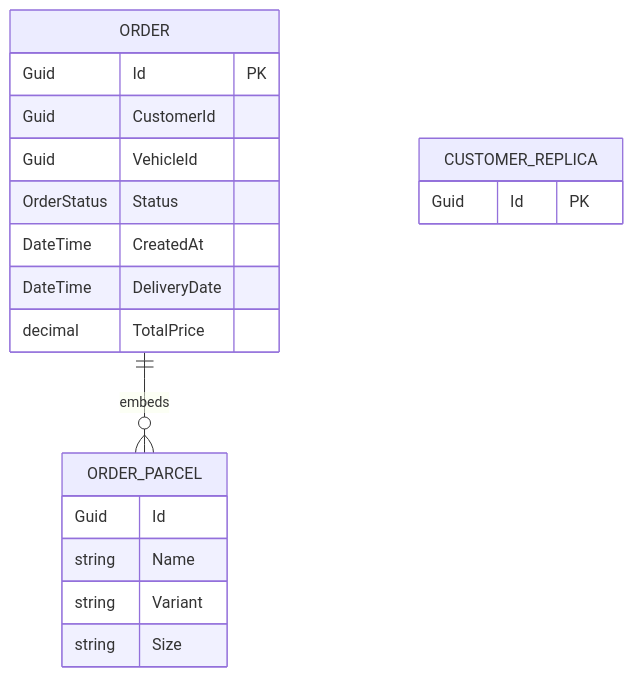
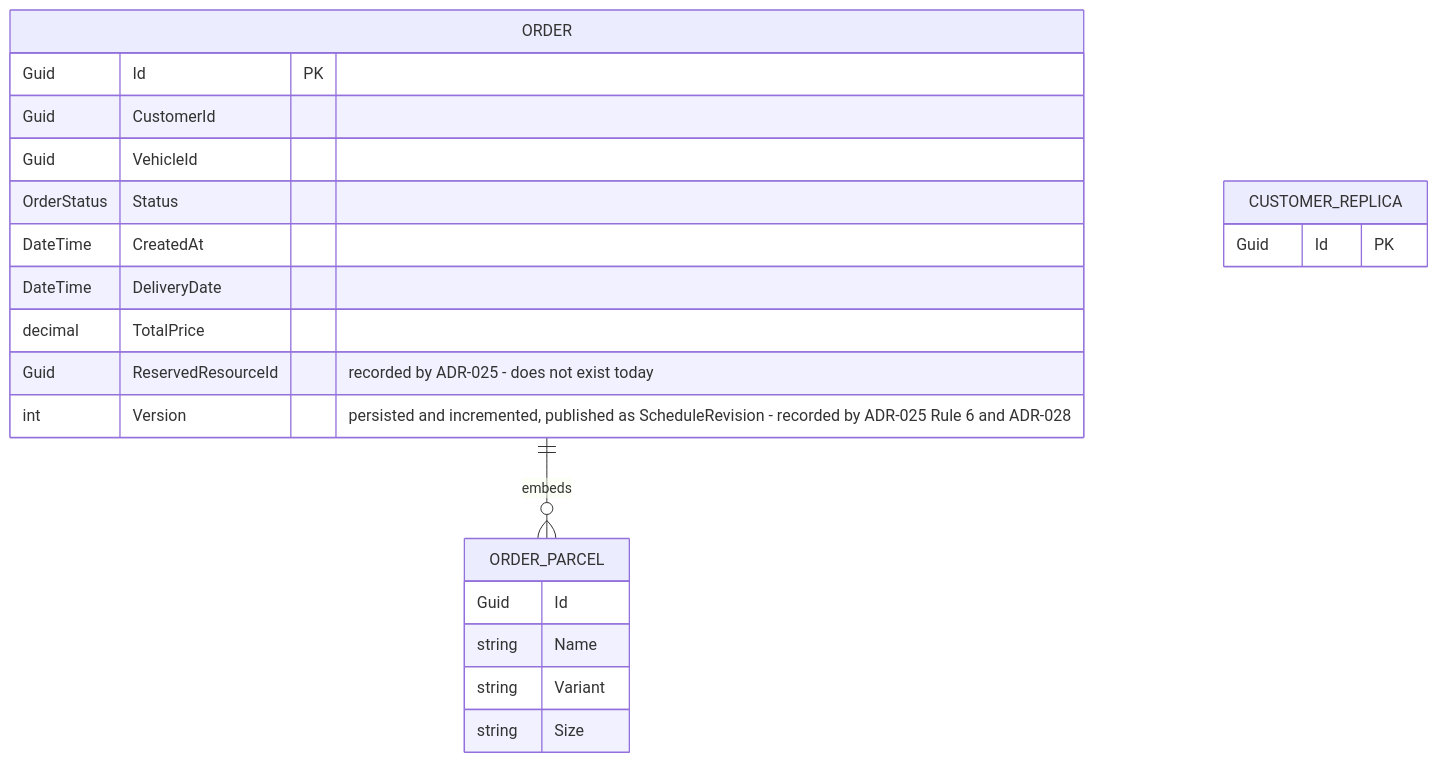
One commit to hianshul100/Pacco.Context changed diagram 22 of 26 in docs/architecture-inventory/architecture-views.md. Above: the diagram before and after it, drawn with Mermaid. The commit also changed other lines of this file and 12 other files, not shown here.

````diff
--- a/docs/architecture-inventory/architecture-views.md
+++ b/docs/architecture-inventory/architecture-views.md
@@ -1325,22 +1424,24 @@
 ```mermaid
 erDiagram
     ORDER ||--o{ ORDER_PARCEL : "embeds"
     ORDER {
         Guid Id PK
         Guid CustomerId
         Guid VehicleId
         OrderStatus Status
         DateTime CreatedAt
         DateTime DeliveryDate
         decimal TotalPrice
+        Guid ReservedResourceId "recorded by ADR-025 - does not exist today"
+        int Version "persisted and incremented, published as ScheduleRevision - recorded by ADR-025 Rule 6 and ADR-028"
     }
     ORDER_PARCEL {
         Guid Id
         string Name
         string Variant
         string Size
     }
     CUSTOMER_REPLICA {
         Guid Id PK
     }
 ```
````
